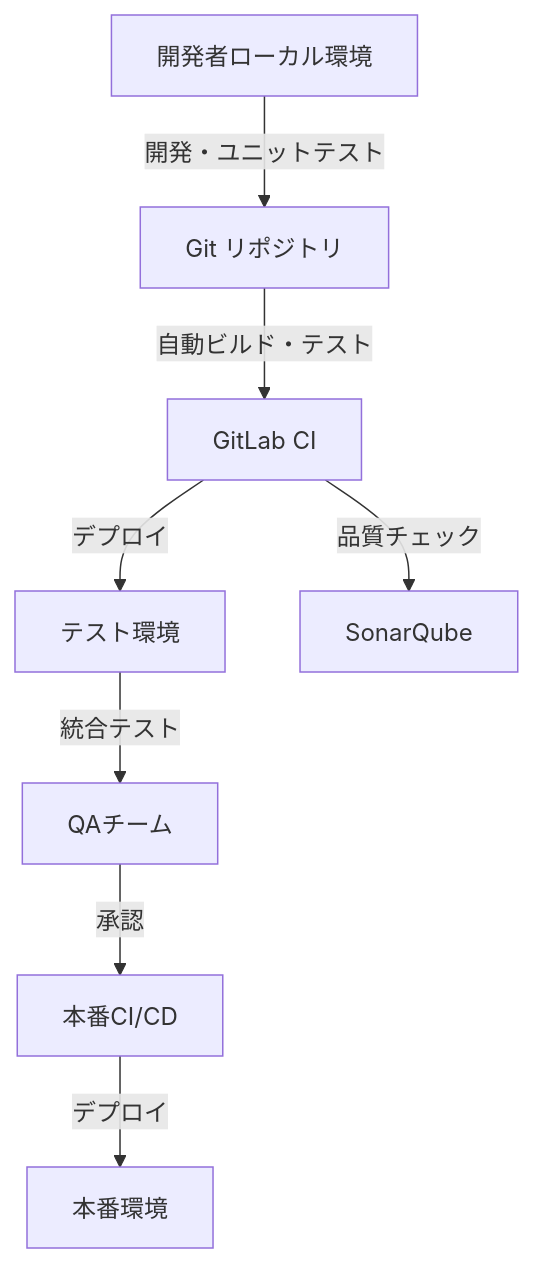
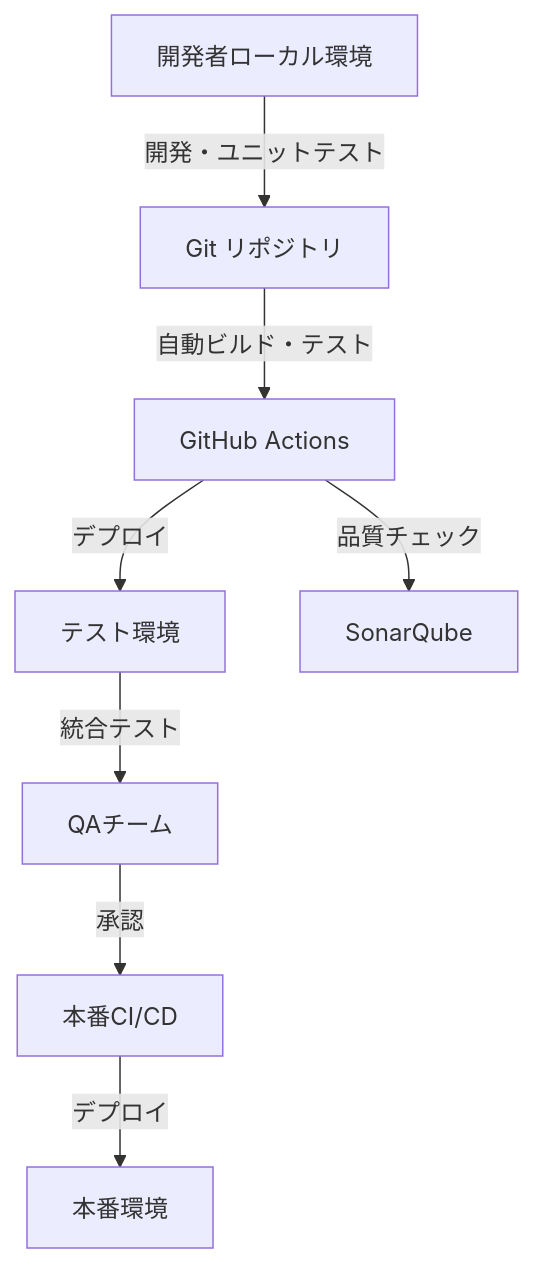
The third of 3 diagrams in docs/02_詳細設計/01_アーキテクチャ/アーキテクチャ概要.md (fcircle-biz/ses_mgr), drawn with Mermaid before and after one commit. The commit also changed other lines of this file and 2 other files, not shown here.

````diff
--- a/docs/02_詳細設計/01_アーキテクチャ/アーキテクチャ概要.md
+++ b/docs/02_詳細設計/01_アーキテクチャ/アーキテクチャ概要.md
@@ -390,10 +390,10 @@
 ```mermaid
 graph TD
     Dev[開発者ローカル環境] --> |開発・ユニットテスト| Git[Git リポジトリ]
-    Git --> |自動ビルド・テスト| CI[GitLab CI]
+    Git --> |自動ビルド・テスト| CI[GitHub Actions]
     CI --> |デプロイ| TestEnv[テスト環境]
     CI --> |品質チェック| SQ[SonarQube]
     TestEnv --> |統合テスト| QA[QAチーム]
     QA --> |承認| ProdCI[本番CI/CD]
     ProdCI --> |デプロイ| Prod[本番環境]
 ```
````
